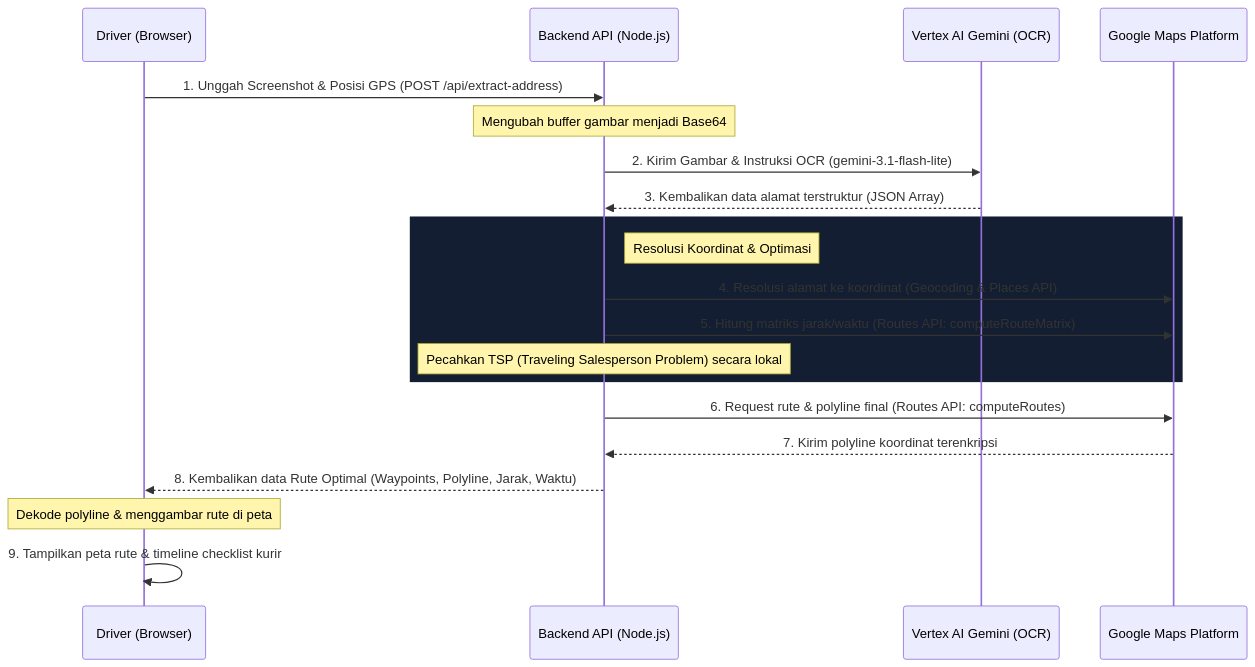
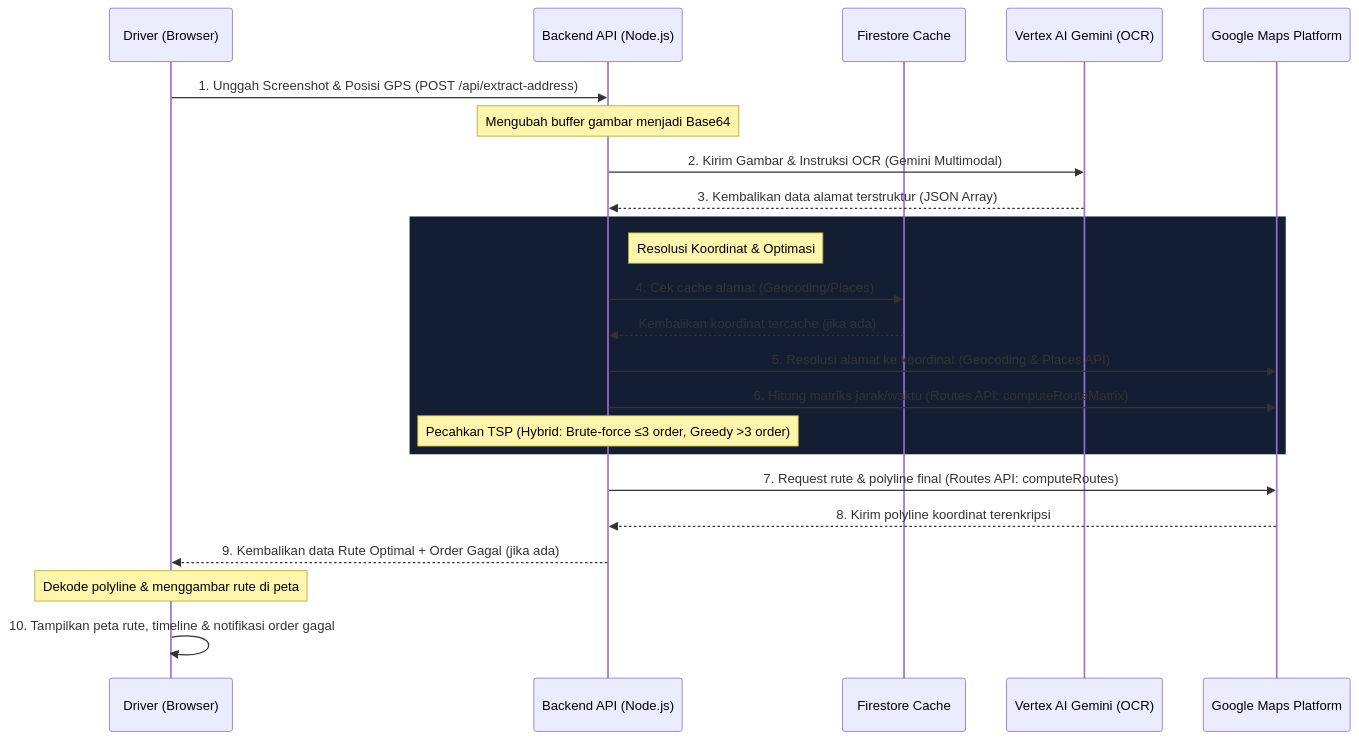
The diagram in README.md (lukim7711/driver-maps), drawn with Mermaid before and after one commit. The commit also changed other lines of this file, not shown here.

````diff
--- a/README.md
+++ b/README.md
@@ -11,26 +11,29 @@
 ```mermaid
 sequenceDiagram
     participant Driver as Driver (Browser)
     participant Server as Backend API (Node.js)
+    participant Cache as Firestore Cache
     participant Gemini as Vertex AI Gemini (OCR)
     participant Maps as Google Maps Platform
     
     Driver->>Server: 1. Unggah Screenshot & Posisi GPS (POST /api/extract-address)
     Note over Server: Mengubah buffer gambar menjadi Base64
-    Server->>Gemini: 2. Kirim Gambar & Instruksi OCR (gemini-3.1-flash-lite)
+    Server->>Gemini: 2. Kirim Gambar & Instruksi OCR (Gemini Multimodal)
     Gemini-->>Server: 3. Kembalikan data alamat terstruktur (JSON Array)
     
     rect rgb(20, 30, 50)
         Note right of Server: Resolusi Koordinat & Optimasi
-        Server->>Maps: 4. Resolusi alamat ke koordinat (Geocoding & Places API)
-        Server->>Maps: 5. Hitung matriks jarak/waktu (Routes API: computeRouteMatrix)
-        Note over Server: Pecahkan TSP (Traveling Salesperson Problem) secara lokal
+        Server->>Cache: 4. Cek cache alamat (Geocoding/Places)
+        Cache-->>Server: Kembalikan koordinat tercache (jika ada)
+        Server->>Maps: 5. Resolusi alamat ke koordinat (Geocoding & Places API)
+        Server->>Maps: 6. Hitung matriks jarak/waktu (Routes API: computeRouteMatrix)
+        Note over Server: Pecahkan TSP (Hybrid: Brute-force ≤3 order, Greedy >3 order)
     end
     
-    Server->>Maps: 6. Request rute & polyline final (Routes API: computeRoutes)
-    Maps-->>Server: 7. Kirim polyline koordinat terenkripsi
+    Server->>Maps: 7. Request rute & polyline final (Routes API: computeRoutes)
+    Maps-->>Server: 8. Kirim polyline koordinat terenkripsi
     
-    Server-->>Driver: 8. Kembalikan data Rute Optimal (Waypoints, Polyline, Jarak, Waktu)
+    Server-->>Driver: 9. Kembalikan data Rute Optimal + Order Gagal (jika ada)
     Note over Driver: Dekode polyline & menggambar rute di peta
-    Driver->>Driver: 9. Tampilkan peta rute & timeline checklist kurir
+    Driver->>Driver: 10. Tampilkan peta rute, timeline & notifikasi order gagal
 ```
````
